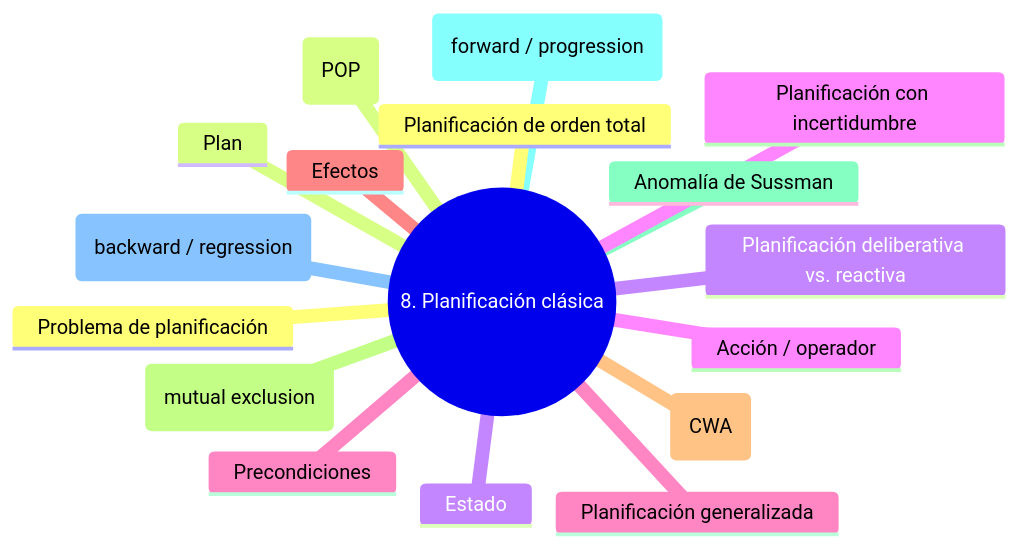
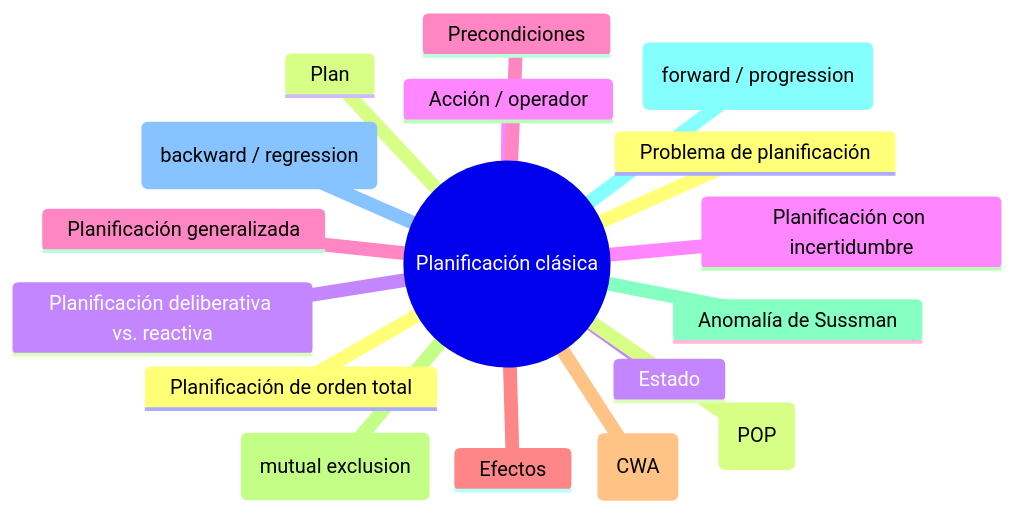
Before and after one commit to rgglez/rgglez-website: the eighth of 17 diagrams in src/src/data/blog/2026/05/es/glosario-razonamiento-planificacion.mdx, drawn with Mermaid. The commit also changed other lines of this file and 42 other files, not shown here.

````diff
--- a/src/src/data/blog/2026/05/es/glosario-razonamiento-planificacion.mdx
+++ b/src/src/data/blog/2026/05/es/glosario-razonamiento-planificacion.mdx
@@ -866,20 +880,20 @@
 ```mermaid
 mindmap
-  root((8. Planificación clásica))
+  root(("Planificación clásica"))
     Problema de planificación
     Plan
     Estado
     Acción / operador
     Precondiciones
     Efectos
     Hipótesis del mundo cerrado (CWA)
     Mutex (mutual exclusion)
     Anomalía de Sussman
     Planificación hacia adelante (forward / progression)
     Planificación hacia atrás (backward / regression)
     Planificación de orden total
     Planificación de orden parcial (POP)
     Planificación deliberativa vs. reactiva
     Planificación con incertidumbre
     Planificación generalizada
 ```
````
